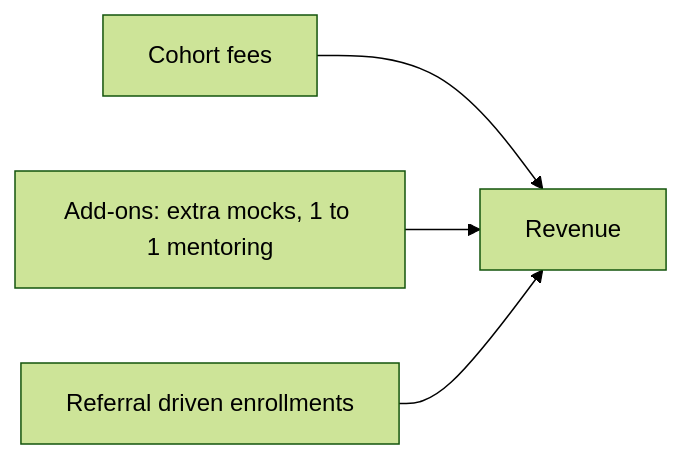
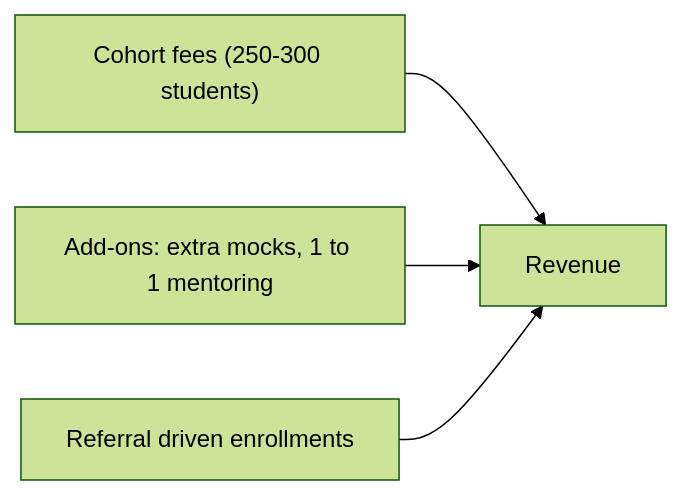
The diagram in docs/business/business-model.md (Anshitva7mishra/nms-placement-cohort), drawn with Mermaid (forest theme) before and after one commit. The commit also changed other lines of this file and 24 other files, not shown here.

````diff
--- a/docs/business/business-model.md
+++ b/docs/business/business-model.md
@@ -37,6 +36,6 @@
 ```mermaid
 flowchart LR
-    A["Cohort fees"] --> E["Revenue"]
+    A["Cohort fees (250-300 students)"] --> E["Revenue"]
     B["Add-ons: extra mocks, 1 to 1 mentoring"] --> E
     C["Referral driven enrollments"] --> E
 ```
````
